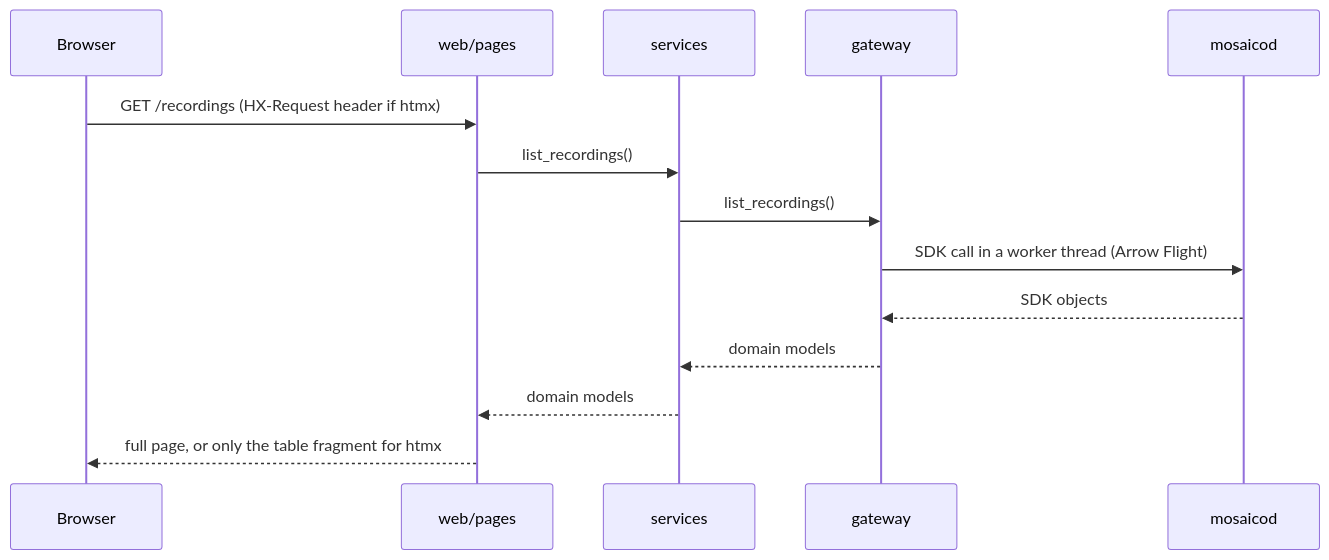
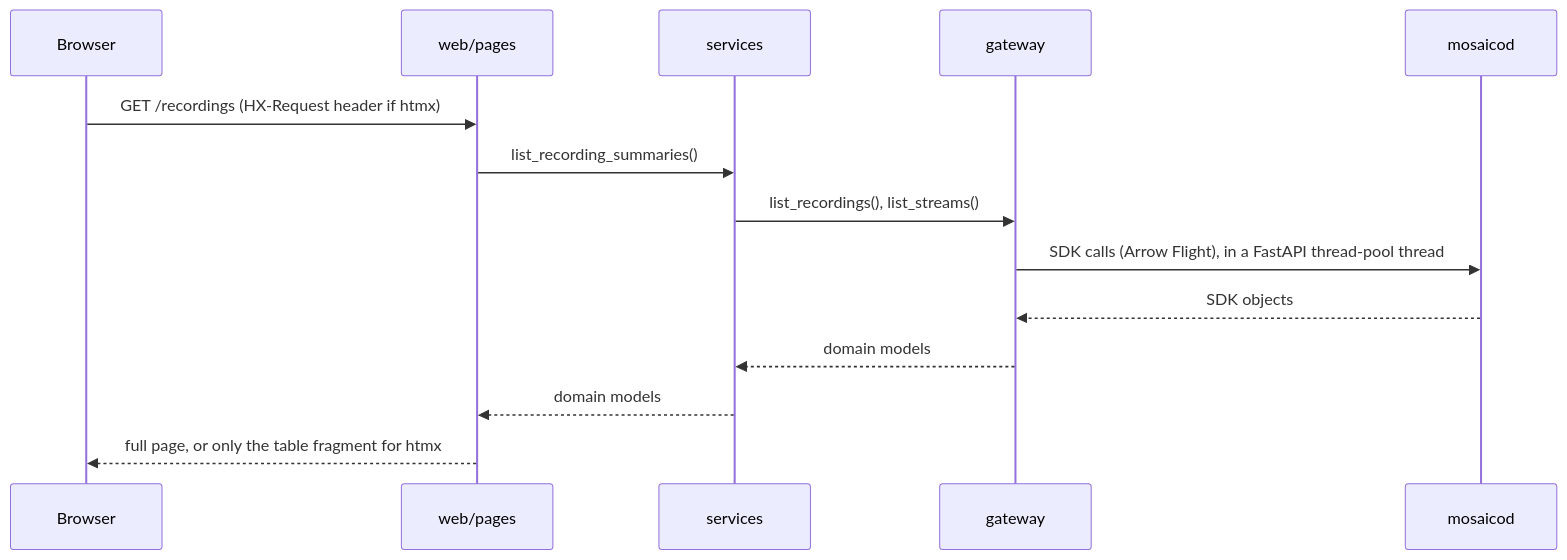
Before and after one commit to abhisheknannuri/mosaico: the eighth of 8 diagrams in mosaico-dashboard/docs/architecture.md, drawn with Mermaid. The commit also changed other lines of this file and 43 other files, not shown here.

````diff
--- a/mosaico-dashboard/docs/architecture.md
+++ b/mosaico-dashboard/docs/architecture.md
@@ -259,17 +329,17 @@
 ```mermaid
 sequenceDiagram
     participant B as Browser
     participant P as web/pages
     participant S as services
     participant G as gateway
     participant M as mosaicod
 
     B->>P: GET /recordings (HX-Request header if htmx)
-    P->>S: list_recordings()
-    S->>G: list_recordings()
-    G->>M: SDK call in a worker thread (Arrow Flight)
+    P->>S: list_recording_summaries()
+    S->>G: list_recordings(), list_streams()
+    G->>M: SDK calls (Arrow Flight), in a FastAPI thread-pool thread
     M-->>G: SDK objects
     G-->>S: domain models
     S-->>P: domain models
     P-->>B: full page, or only the table fragment for htmx
 ```
````
